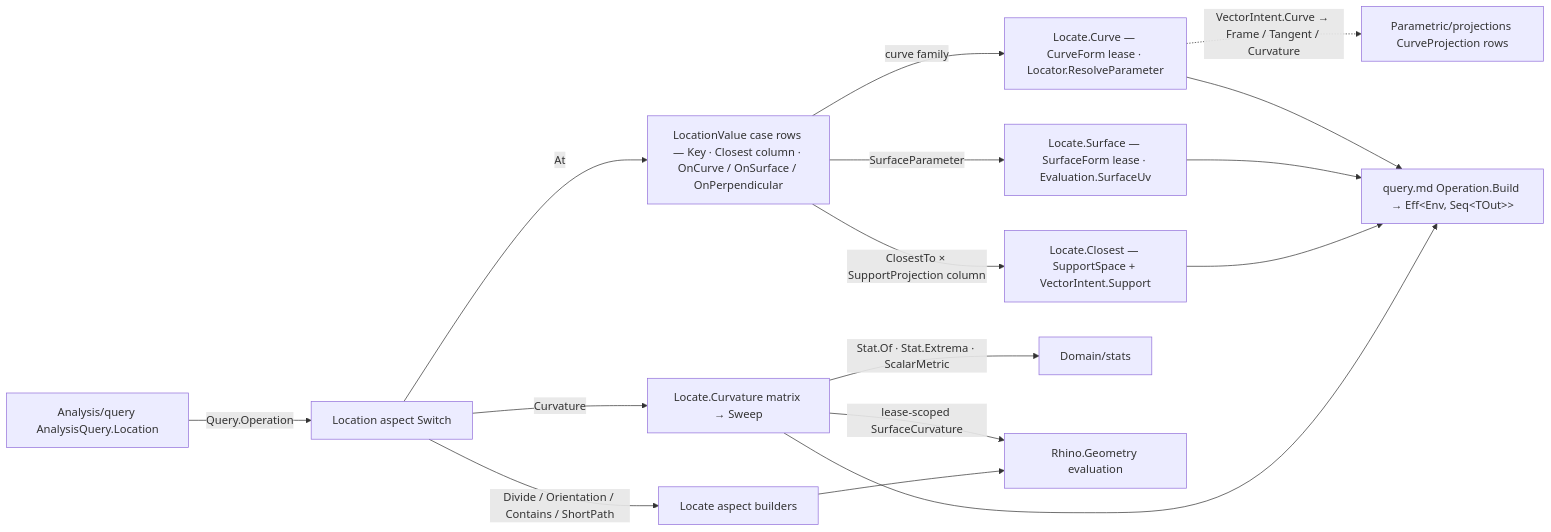
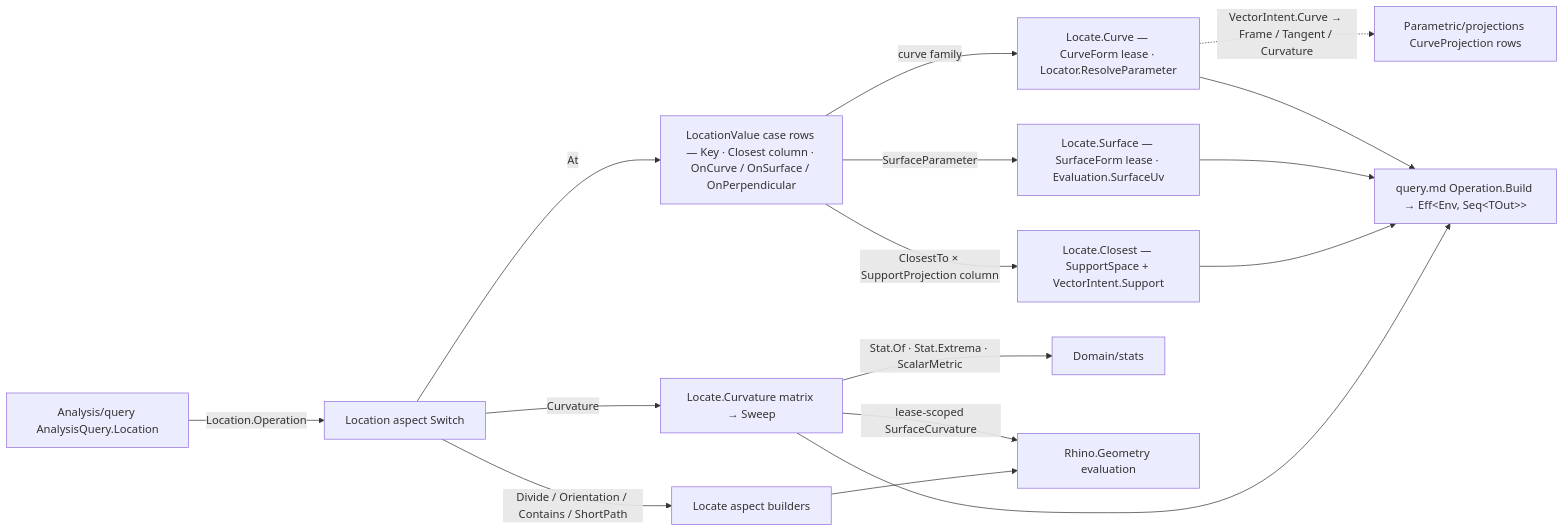
Before and after one commit to bsamiee/Rasm: the diagram in libs/csharp/Rasm/.planning/Parametric/locate.md, drawn with Mermaid. The commit also changed other lines of this file and 85 other files, not shown here.

````diff
--- a/libs/csharp/Rasm/.planning/Parametric/locate.md
+++ b/libs/csharp/Rasm/.planning/Parametric/locate.md
@@ -482,15 +484,15 @@
 ```mermaid
 flowchart LR
-    Query["Analysis/query AnalysisQuery.Location"] -->|Query.Operation| Location["Location aspect Switch"]
+    Query["Analysis/query AnalysisQuery.Location"] -->|Location.Operation| Location["Location aspect Switch"]
     Location -->|At| Rows["LocationValue case rows — Key · Closest column · OnCurve / OnSurface / OnPerpendicular"]
     Location -->|Curvature| Sweep["Locate.Curvature matrix → Sweep"]
     Location -->|Divide / Orientation / Contains / ShortPath| Spine["Locate aspect builders"]
     Rows -->|curve family| CurveArm["Locate.Curve — CurveForm lease · Locator.ResolveParameter"]
     Rows -->|SurfaceParameter| SurfaceArm["Locate.Surface — SurfaceForm lease · Evaluation.SurfaceUv"]
     Rows -->|ClosestTo × SupportProjection column| ClosestArm["Locate.Closest — SupportSpace + VectorIntent.Support"]
     CurveArm -.->|VectorIntent.Curve → Frame / Tangent / Curvature| Projections["Parametric/projections CurveProjection rows"]
     Sweep -->|Stat.Of · Stat.Extrema · ScalarMetric| Stats["Domain/stats"]
     Sweep -->|lease-scoped SurfaceCurvature| Rhino["Rhino.Geometry evaluation"]
     Spine --> Rhino
     CurveArm & SurfaceArm & ClosestArm & Sweep --> Runtime["query.md Operation.Build → Eff&lt;Env, Seq&lt;TOut&gt;&gt;"]
 ```
````
